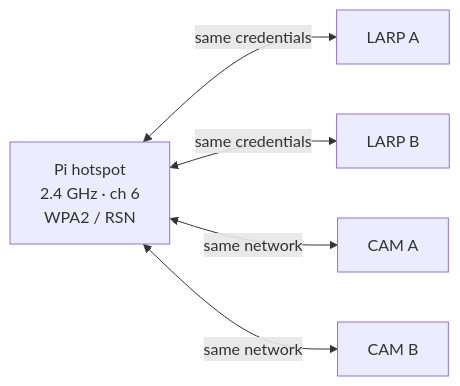
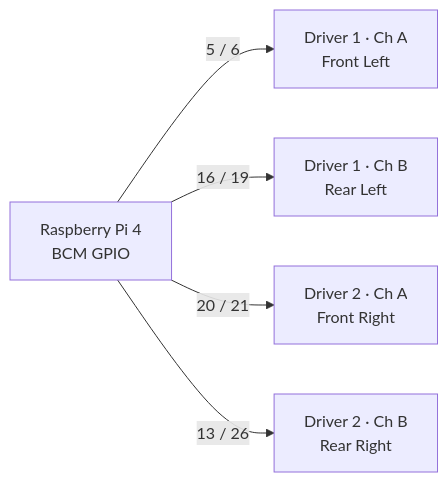
One commit to william-thompsonthe1st/STEM-Research-Academy changed the third of 12 diagrams in README.md. Above: the diagram before and after it, drawn with Mermaid. The commit also changed other lines of this file, not shown here.

````diff
--- a/README.md
+++ b/README.md
@@ -60,7 +113,7 @@
 ```mermaid
 flowchart LR
-    PI["Pi hotspot<br/>2.4 GHz · ch 6<br/>WPA2 / RSN"] <-->|"same credentials"| A["LARP A"]
-    PI <-->|"same credentials"| B["LARP B"]
-    PI <-->|"same network"| CA["CAM A"]
-    PI <-->|"same network"| CB["CAM B"]
+    PI["Raspberry Pi 4<br/>BCM GPIO"] -->|"5 / 6"| FL["Driver 1 · Ch A<br/>Front Left"]
+    PI -->|"16 / 19"| RL["Driver 1 · Ch B<br/>Rear Left"]
+    PI -->|"20 / 21"| FR["Driver 2 · Ch A<br/>Front Right"]
+    PI -->|"13 / 26"| RR["Driver 2 · Ch B<br/>Rear Right"]
 ```
````
